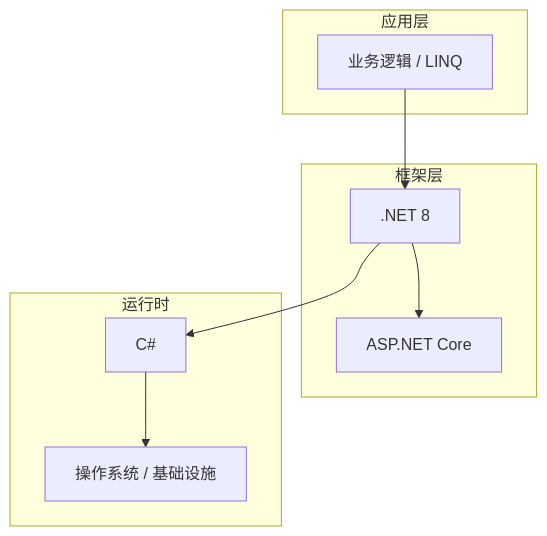
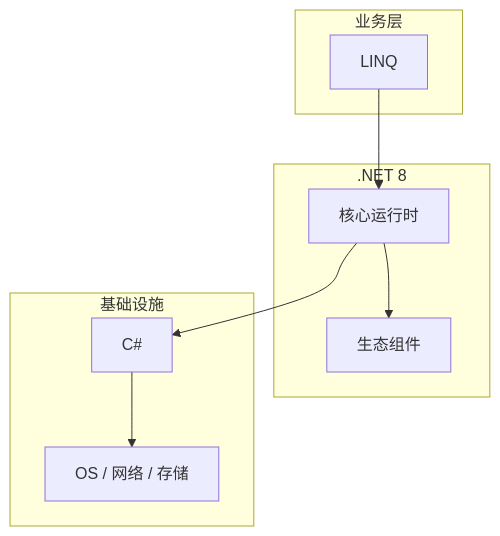
The diagram in articles/C#/chapters/036-LINQ核心概念与原理.md (yanggan2015/knowledge-json-v2), drawn with Mermaid before and after one commit. The commit also changed other lines of this file and 10127 other files, not shown here.

````diff
--- a/articles/C#/chapters/036-LINQ核心概念与原理.md
+++ b/articles/C#/chapters/036-LINQ核心概念与原理.md
@@ -45,18 +34,18 @@
 ```mermaid
 graph TB
-    subgraph 应用层
-        A[业务逻辑 / LINQ]
+    subgraph 业务层
+        A[LINQ]
     end
-    subgraph 框架层
-        B[.NET 8]
-        C[ASP.NET Core]
+    subgraph .NET 8
+        B[核心运行时]
+        C[生态组件]
     end
-    subgraph 运行时
+    subgraph 基础设施
         D[C#]
-        E[操作系统 / 基础设施]
+        E[OS / 网络 / 存储]
     end
     A --> B
     B --> C
     B --> D
     D --> E
 ```
````
